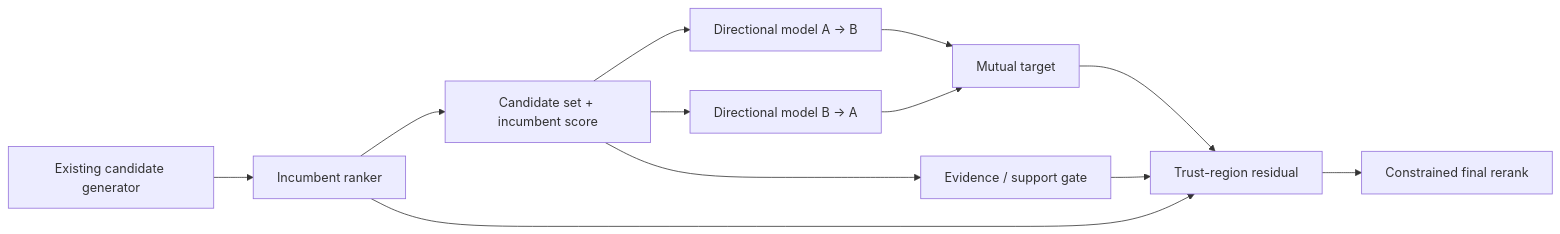
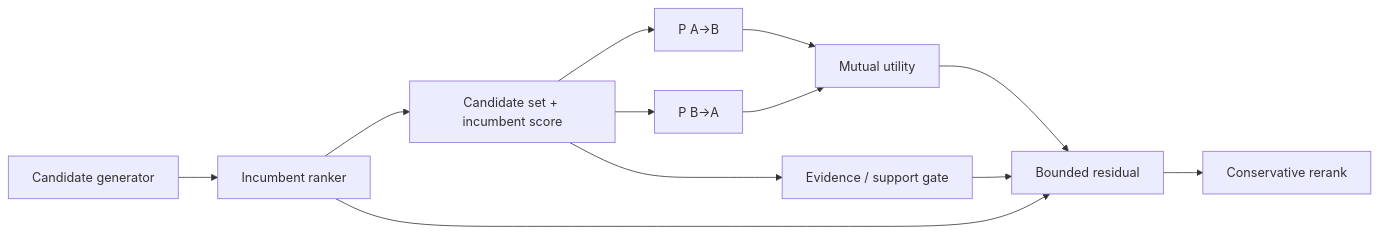
Before and after one commit to dorukanuyar-tech/domamutzer-research: the diagram in README.md, drawn with Mermaid. The commit also changed other lines of this file and 9 other files, not shown here.

````diff
--- a/README.md
+++ b/README.md
@@ -13,14 +15,14 @@
 ```mermaid
 flowchart LR
-    A[Existing candidate generator] --> B[Incumbent ranker]
+    A[Candidate generator] --> B[Incumbent ranker]
     B --> C[Candidate set + incumbent score]
-    C --> D1[Directional model A → B]
-    C --> D2[Directional model B → A]
-    D1 --> E[Mutual target]
+    C --> D1[P A→B]
+    C --> D2[P B→A]
+    D1 --> E[Mutual utility]
     D2 --> E
     C --> F[Evidence / support gate]
-    E --> G[Trust-region residual]
+    E --> G[Bounded residual]
     F --> G
     B --> G
-    G --> H[Constrained final rerank]
+    G --> H[Conservative rerank]
 ```
````
